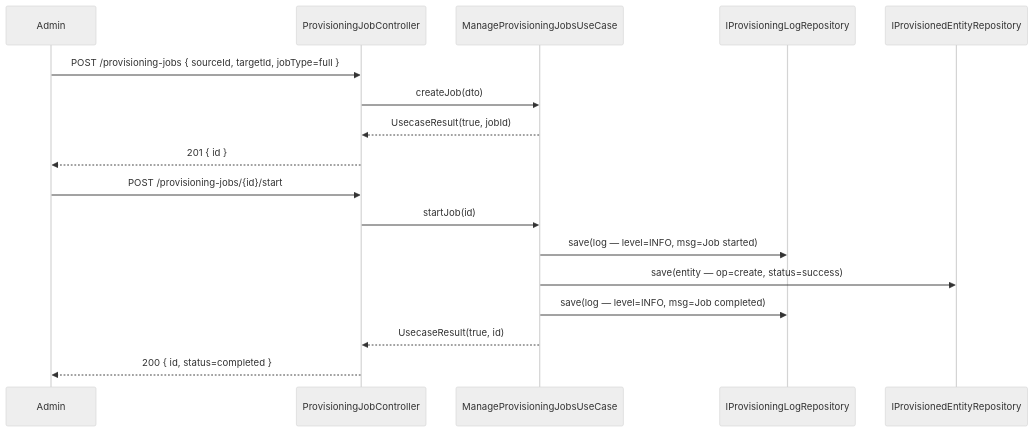
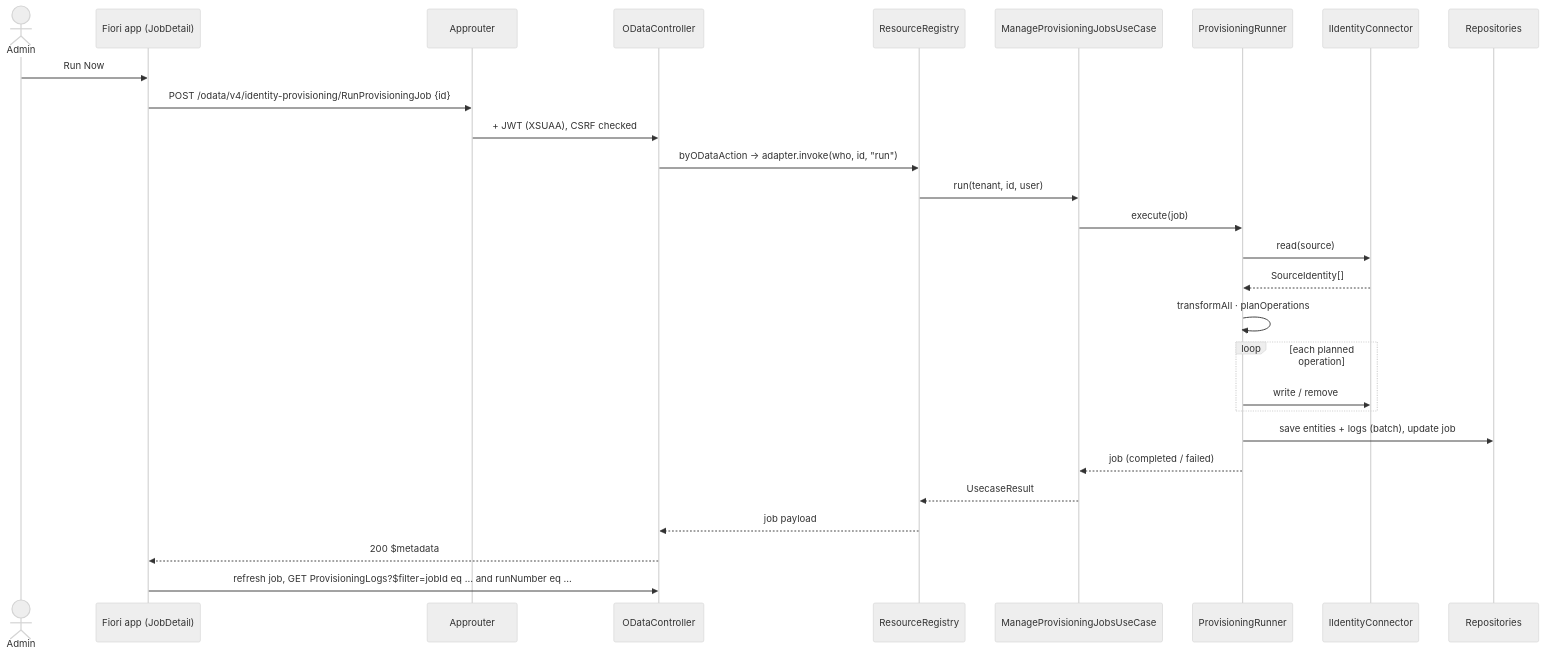
One commit to UIMSolutions/uim-platform changed the ninth of 12 diagrams in identity-provisioning/UML.md. Above: the diagram before and after it, drawn with Mermaid (neutral theme). The commit also changed other lines of this file and 83 other files, not shown here.

First line of the commit message:
Add Kubernetes manifests for identity provisioning service

````diff
--- a/identity-provisioning/UML.md
+++ b/identity-provisioning/UML.md
@@ -130,21 +433,31 @@
 ```mermaid
 sequenceDiagram
-    participant Admin
-    participant JC as ProvisioningJobController
-    participant JUC as ManageProvisioningJobsUseCase
-    participant LR as IProvisioningLogRepository
-    participant ER as IProvisionedEntityRepository
+    actor Admin
+    participant UI as Fiori app (JobDetail)
+    participant AR as Approuter
+    participant OD as ODataController
+    participant REG as ResourceRegistry
+    participant UC as ManageProvisioningJobsUseCase
+    participant RUN as ProvisioningRunner
+    participant CON as IIdentityConnector
+    participant REPO as Repositories
 
-    Admin->>JC: POST /provisioning-jobs { sourceId, targetId, jobType=full }
-    JC->>JUC: createJob(dto)
-    JUC-->>JC: UsecaseResult(true, jobId)
-    JC-->>Admin: 201 { id }
-
-    Admin->>JC: POST /provisioning-jobs/{id}/start
-    JC->>JUC: startJob(id)
-    JUC->>LR: save(log — level=INFO, msg=Job started)
-    JUC->>ER: save(entity — op=create, status=success)
-    JUC->>LR: save(log — level=INFO, msg=Job completed)
-    JUC-->>JC: UsecaseResult(true, id)
-    JC-->>Admin: 200 { id, status=completed }
+    Admin->>UI: Run Now
+    UI->>AR: POST /odata/v4/identity-provisioning/RunProvisioningJob {id}
+    AR->>OD: + JWT (XSUAA), CSRF checked
+    OD->>REG: byODataAction → adapter.invoke(who, id, "run")
+    REG->>UC: run(tenant, id, user)
+    UC->>RUN: execute(job)
+    RUN->>CON: read(source)
+    CON-->>RUN: SourceIdentity[]
+    RUN->>RUN: transformAll · planOperations
+    loop each planned operation
+        RUN->>CON: write / remove
+    end
+    RUN->>REPO: save entities + logs (batch), update job
+    RUN-->>UC: job (completed / failed)
+    UC-->>REG: UsecaseResult
+    REG-->>OD: job payload
+    OD-->>UI: 200 $metadata#ProvisioningJobs/$entity
+    UI->>OD: refresh job, GET ProvisioningLogs?$filter=jobId eq … and runNumber eq …
 ```
````
